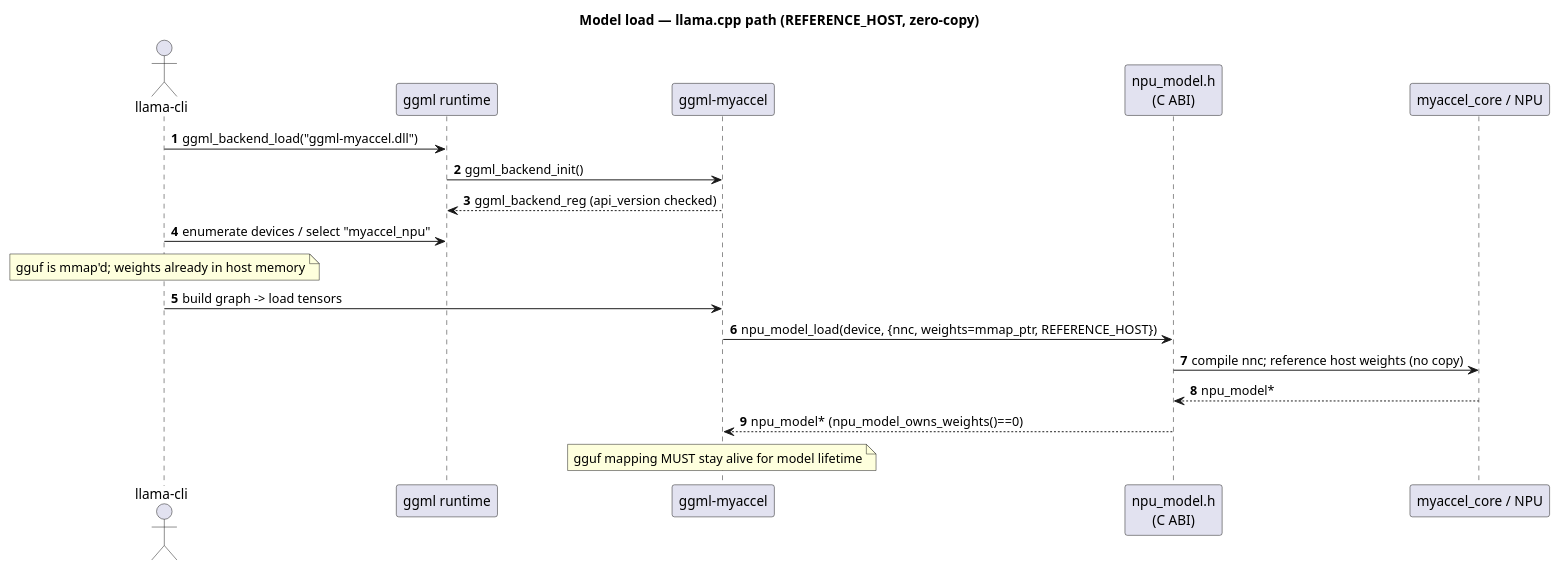
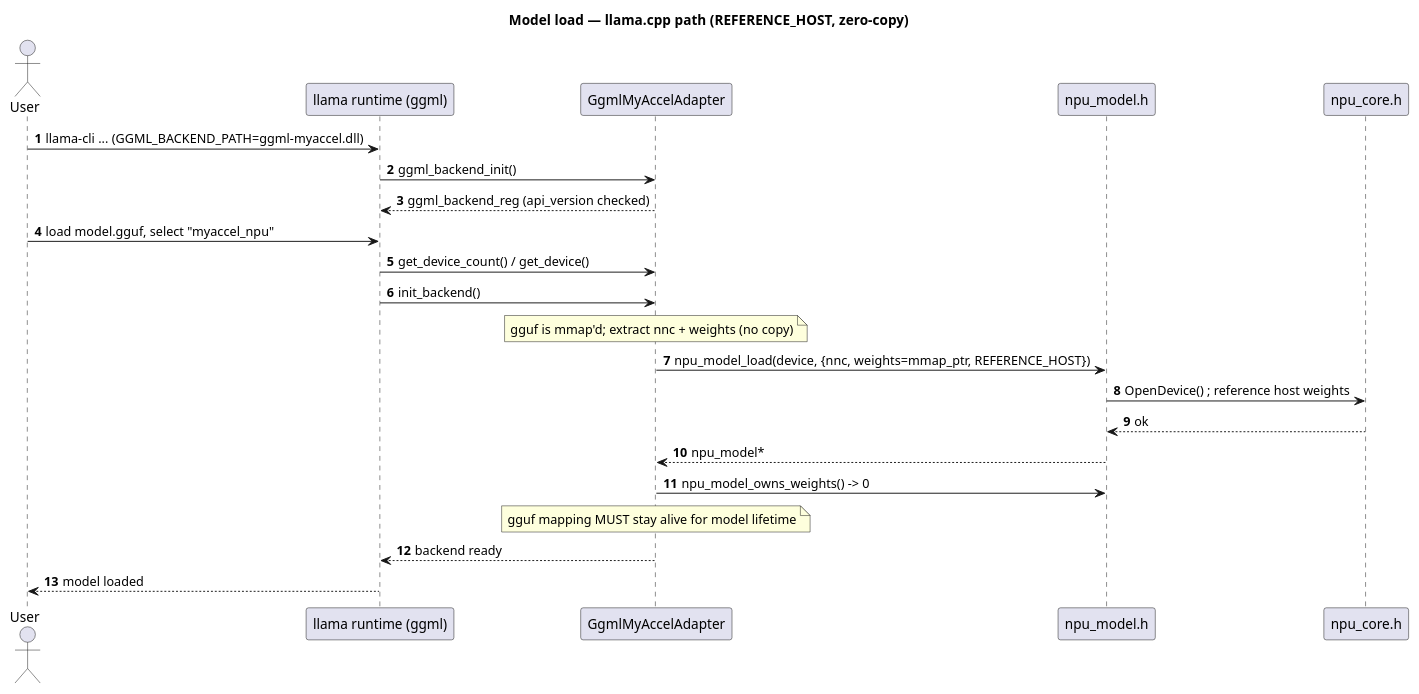
Before and after one commit to froginaz/onnxruntime: the fourth of 6 diagrams in shared_backend/docs/design.puml, drawn with PlantUML. The commit also changed other lines of this file and 1 other file, not shown here.

First line of the commit message:
Refine sequence diagrams: user-initiated, class-name participants, matched methods

```diff
--- a/shared_backend/docs/design.puml
+++ b/shared_backend/docs/design.puml
@@ -196,23 +201,27 @@
 @startuml seq_load_llama
 title Model load — llama.cpp path (REFERENCE_HOST, zero-copy)
 autonumber
 skinparam shadowing false
 
-actor "llama-cli" as App
-participant "ggml runtime" as GG
-participant "ggml-myaccel" as AD
-participant "npu_model.h\n(C ABI)" as API
-participant "myaccel_core / NPU" as Core
+actor User
+participant "llama runtime (ggml)" as GGML
+participant GgmlMyAccelAdapter as AD
+participant "npu_model.h" as NpuModel
+participant "npu_core.h" as NpuCore
 
-App -> GG : ggml_backend_load("ggml-myaccel.dll")
-GG -> AD : ggml_backend_init()
-AD --> GG : ggml_backend_reg (api_version checked)
-App -> GG : enumerate devices / select "myaccel_npu"
-note over App : gguf is mmap'd; weights already in host memory
-App -> AD : build graph -> load tensors
-AD -> API : npu_model_load(device, {nnc, weights=mmap_ptr, REFERENCE_HOST})
-API -> Core : compile nnc; reference host weights (no copy)
-Core --> API : npu_model*
-API --> AD : npu_model*  (npu_model_owns_weights()==0)
+User -> GGML : llama-cli ... (GGML_BACKEND_PATH=ggml-myaccel.dll)
+GGML -> AD : ggml_backend_init()
+AD --> GGML : ggml_backend_reg (api_version checked)
+User -> GGML : load model.gguf, select "myaccel_npu"
+GGML -> AD : get_device_count() / get_device()
+GGML -> AD : init_backend()
+note over AD : gguf is mmap'd; extract nnc + weights (no copy)
+AD -> NpuModel : npu_model_load(device, {nnc, weights=mmap_ptr, REFERENCE_HOST})
+NpuModel -> NpuCore : OpenDevice() ; reference host weights
+NpuCore --> NpuModel : ok
+NpuModel --> AD : npu_model*
+AD -> NpuModel : npu_model_owns_weights() -> 0
 note over AD : gguf mapping MUST stay alive for model lifetime
+AD --> GGML : backend ready
+GGML --> User : model loaded
 @enduml
```
